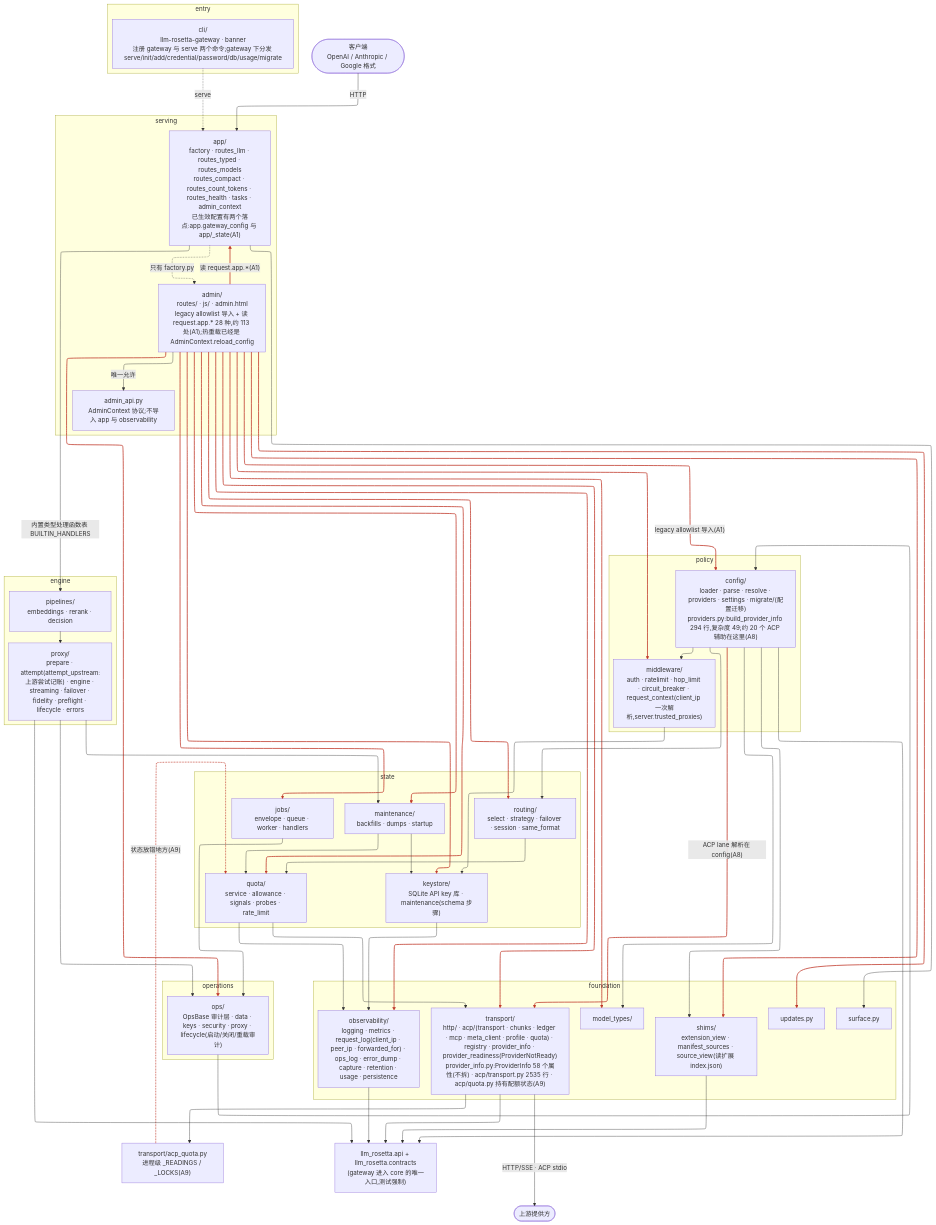
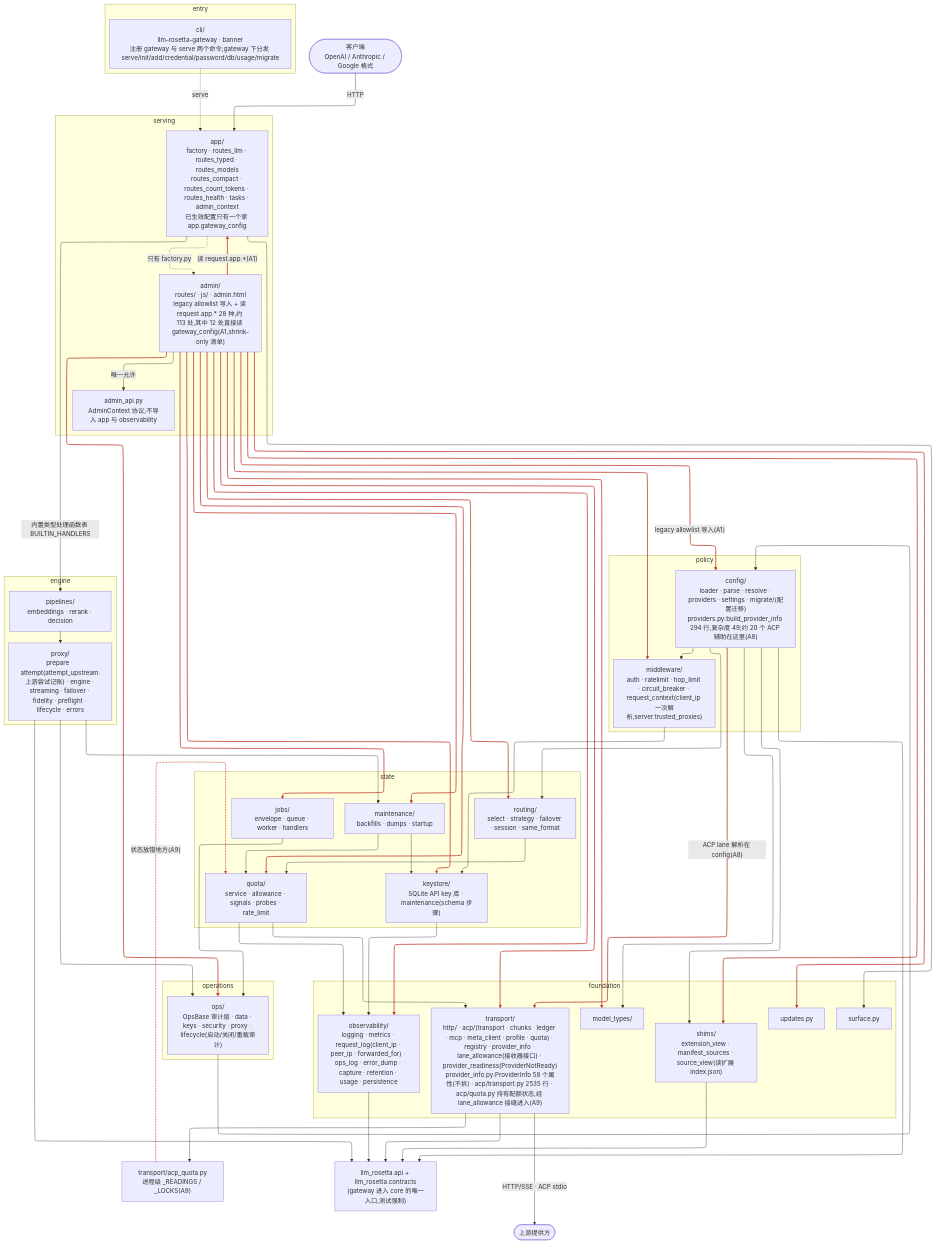
The diagram in gap_actual.mmd (Oaklight/llm-rosetta), drawn with Mermaid before and after one commit. The commit also changed 6 other files, not shown here.

Commit message:
diagrams: one served config home; the lane allowance sink seam (#1830 A1 part 2, A9 PR 1)

```diff
--- a/gap_actual.mmd
+++ b/gap_actual.mmd
@@ -1,89 +1,89 @@
 ---
 config:
   layout: elk
 ---
 flowchart TB
   ACPQ["transport/acp_quota.py<br/>进程级 _READINGS / _LOCKS(A9)"]
   subgraph STATE["state"]
     KEYSTORE["keystore/<br/>SQLite API key 库 · maintenance(schema 步骤)"]
     MAINT["maintenance/<br/>backfills · dumps · startup"]
     JOBS["jobs/<br/>envelope · queue · worker · handlers"]
     QUOTA["quota/<br/>service · allowance · signals · probes · rate_limit"]
     ROUTING["routing/<br/>select · strategy · failover · session · same_format"]
   end
   subgraph POLICY["policy"]
     CONFIG["config/<br/>loader · parse · resolve · providers · settings · migrate/(配置迁移)<br/>providers.py:build_provider_info 294 行,复杂度 49;约 20 个 ACP 辅助在这里(A8)"]
     MW["middleware/<br/>auth · ratelimit · hop_limit · circuit_breaker · request_context(client_ip 一次解析,server.trusted_proxies)"]
   end
   subgraph FOUNDATION["foundation"]
-    TRANSPORT["transport/<br/>http/ · acp/(transport · chunks · ledger · mcp · meta_client · profile · quota) · registry · provider_info · provider_readiness(ProviderNotReady)<br/>provider_info.py:ProviderInfo 58 个属性(不拆) · acp/transport.py 2535 行 · acp/quota.py 持有配额状态(A9)"]
+    TRANSPORT["transport/<br/>http/ · acp/(transport · chunks · ledger · mcp · meta_client · profile · quota) · registry · provider_info · lane_allowance(接收器接口) · provider_readiness(ProviderNotReady)<br/>provider_info.py:ProviderInfo 58 个属性(不拆) · acp/transport.py 2535 行 · acp/quota.py 持有配额状态,经 lane_allowance 接缝进入(A9)"]
     SURF["surface.py"]
     OBS["observability/<br/>logging · metrics · request_log(client_ip · peer_ip · forwarded_for) · ops_log · error_dump · capture · retention · usage · persistence"]
     UPD["updates.py"]
     MT["model_types/"]
     SHIMS["shims/<br/>extension_view · manifest_sources · source_view(读扩展 index.json)"]
   end
   subgraph ENGINE["engine"]
     PROXY["proxy/<br/>prepare · attempt(attempt_upstream:上游尝试记账) · engine · streaming · failover · fidelity · preflight · lifecycle · errors"]
     PIPES["pipelines/<br/>embeddings · rerank · decision"]
   end
   subgraph OPERATIONS["operations"]
     OPS["ops/<br/>OpsBase 审计层 · data · keys · security · proxy · lifecycle(启动/关闭/重载审计)"]
   end
   subgraph ENTRY["entry"]
     CLI["cli/<br/>llm-rosetta-gateway · banner<br/>注册 gateway 与 serve 两个命令;gateway 下分发 serve/init/add/credential/password/db/usage/migrate"]
   end
   CLIENT(["客户端<br/>OpenAI / Anthropic / Google 格式"])
   CORE["llm_rosetta.api + llm_rosetta.contracts<br/>(gateway 进入 core 的唯一入口,测试强制)"]
   UP(["上游提供方"])
   subgraph SERVING["serving"]
     ADMINAPI["admin_api.py<br/>AdminContext 协议;不导入 app 与 observability"]
-    ADMIN["admin/<br/>routes/ · js/ · admin.html<br/>legacy allowlist 导入 + 读 request.app.* 28 种,约 113 处(A1);热重载已经是 AdminContext.reload_config"]
-    APP["app/<br/>factory · routes_llm · routes_typed · routes_models<br/>routes_compact · routes_count_tokens · routes_health · tasks · admin_context<br/>已生效配置有两个落点:app.gateway_config 与 app/_state(A1)"]
+    ADMIN["admin/<br/>routes/ · js/ · admin.html<br/>legacy allowlist 导入 + 读 request.app.* 28 种,约 113 处,其中 12 处直接读 gateway_config(A1,shrink-only 清单)"]
+    APP["app/<br/>factory · routes_llm · routes_typed · routes_models<br/>routes_compact · routes_count_tokens · routes_health · tasks · admin_context<br/>已生效配置只有一个家 app.gateway_config"]
   end
   ADMIN -->|"唯一允许"| ADMINAPI
   ADMIN -->|"legacy allowlist 导入(A1)"| CONFIG
   ADMIN --> JOBS
   ADMIN --> KEYSTORE
   ADMIN --> MAINT
   ADMIN --> MW
   ADMIN --> MT
   ADMIN --> OBS
   ADMIN --> OPS
   ADMIN --> QUOTA
   ADMIN --> ROUTING
   ADMIN --> SHIMS
   ADMIN --> TRANSPORT
   ADMIN --> UPD
   APP -.->|"只有 factory.py"| ADMIN
   APP -->|"内置类型处理函数表 BUILTIN_HANDLERS"| PIPES
   APP --> SURF
   CLI -.->|"serve"| APP
   CONFIG --> MW
   CONFIG --> MT
   CONFIG --> ROUTING
   CONFIG --> SHIMS
   CONFIG -->|"ACP lane 解析在 config(A8)"| TRANSPORT
   JOBS --> OPS
   KEYSTORE --> OBS
   MAINT --> KEYSTORE
   MAINT --> QUOTA
   MW --> KEYSTORE
   OPS --> CONFIG
   PIPES --> PROXY
   PROXY --> MAINT
   PROXY --> OPS
   QUOTA --> OBS
   QUOTA --> TRANSPORT
   ROUTING --> QUOTA
   ADMIN -->|"读 request.app.*(A1)"| APP
   TRANSPORT --> ACPQ
   ACPQ -.->|"状态放错地方(A9)"| QUOTA
   CONFIG --> CORE
   TRANSPORT -->|HTTP/SSE · ACP stdio| UP
   OBS --> CORE
   SHIMS --> CORE
   TRANSPORT --> CORE
   CLIENT -->|HTTP| APP
   PROXY --> CORE
   linkStyle 1,2,3,4,5,6,7,8,9,10,11,12,13,22,35,37 stroke:#c0392b,stroke-width:2px
```
